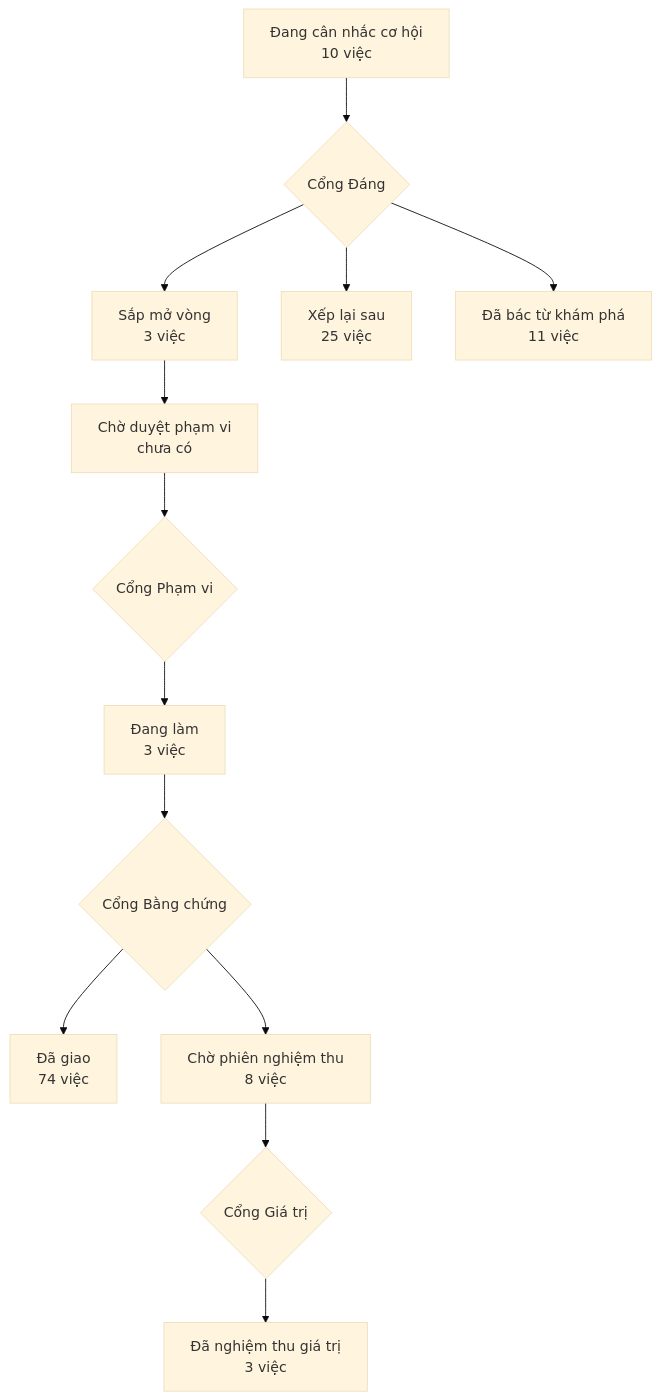
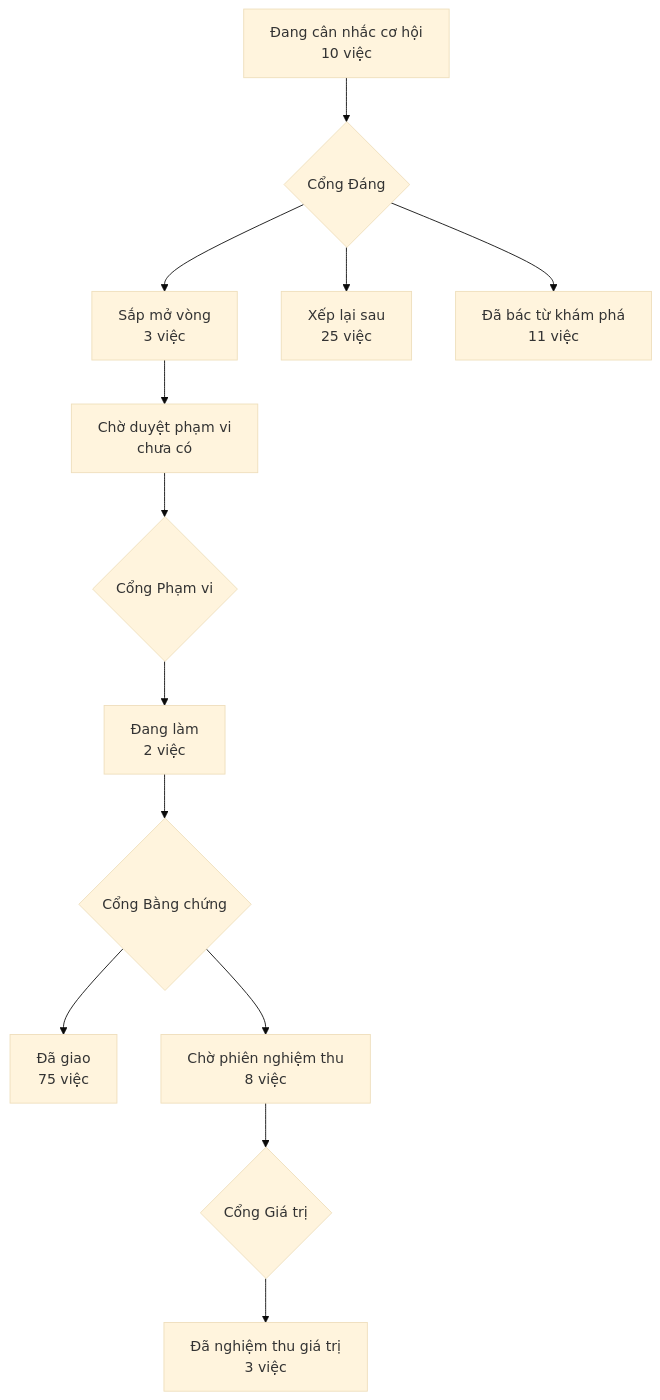
One commit to phanlemanh/acceptance-gate-kit changed the diagram in PRODUCT-MAP.md. Above: the diagram before and after it, drawn with Mermaid (base theme). The commit also changed 4 other files, not shown here.

````diff
--- a/PRODUCT-MAP.md
+++ b/PRODUCT-MAP.md
@@ -6,12 +6,12 @@
 ```mermaid
 flowchart TD
   A["Đang cân nhắc cơ hội<br/>10 việc"] --> GD{"Cổng Đáng"}
   GD --> B["Sắp mở vòng<br/>3 việc"]
   GD --> XL["Xếp lại sau<br/>25 việc"]
   GD --> DB["Đã bác từ khám phá<br/>11 việc"]
   B --> CD["Chờ duyệt phạm vi<br/>chưa có"] --> GP{"Cổng Phạm vi"}
-  GP --> DL["Đang làm<br/>3 việc"] --> GB{"Cổng Bằng chứng"}
-  GB --> DG["Đã giao<br/>74 việc"]
+  GP --> DL["Đang làm<br/>2 việc"] --> GB{"Cổng Bằng chứng"}
+  GB --> DG["Đã giao<br/>75 việc"]
   GB --> CN["Chờ phiên nghiệm thu<br/>8 việc"] --> GG{"Cổng Giá trị"}
   GG --> NT["Đã nghiệm thu giá trị<br/>3 việc"]
 ```
````
